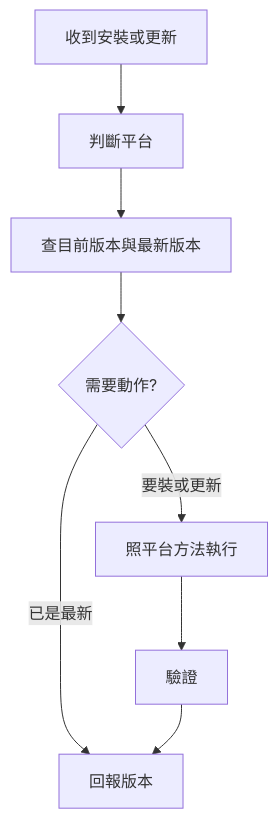
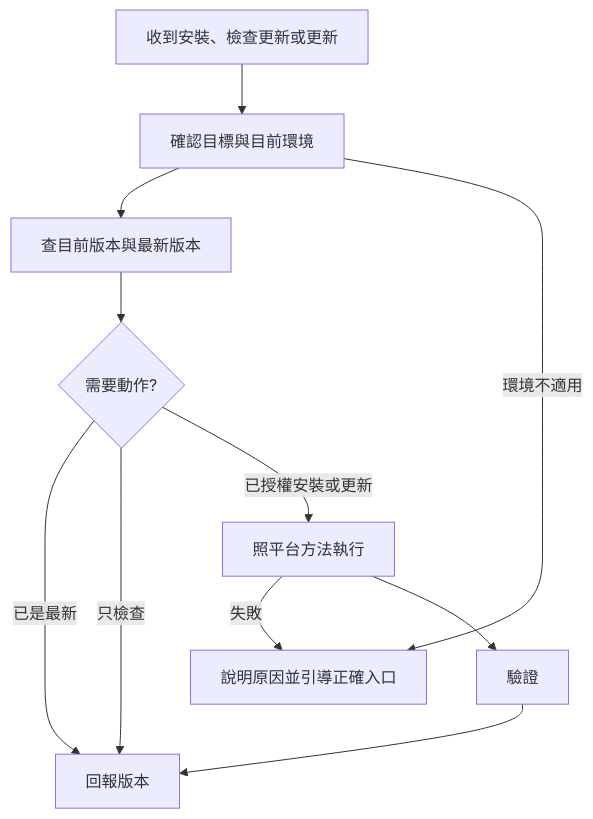
Before and after one commit to VECTOR-COOL/my-agent-toolkit: the diagram in my-plugins/my-workflow/skills/my-plugin-install/SKILL.md, drawn with Mermaid. The commit also changed other lines of this file and 5 other files, not shown here.

````diff
--- a/my-plugins/my-workflow/skills/my-plugin-install/SKILL.md
+++ b/my-plugins/my-workflow/skills/my-plugin-install/SKILL.md
@@ -13,10 +15,13 @@
 ```mermaid
 graph TD
-  A[收到安裝或更新] --> B[判斷平台]
+  A[收到安裝、檢查更新或更新] --> B[確認目標與目前環境]
   B --> C[查目前版本與最新版本]
   C --> D{需要動作?}
   D -->|已是最新| R[回報版本]
-  D -->|要裝或更新| E[照平台方法執行]
+  D -->|只檢查| R
+  D -->|已授權安裝或更新| E[照平台方法執行]
+  B -->|環境不適用| G[說明原因並引導正確入口]
+  E -->|失敗| G
   E --> F[驗證]
   F --> R
 ```
````
